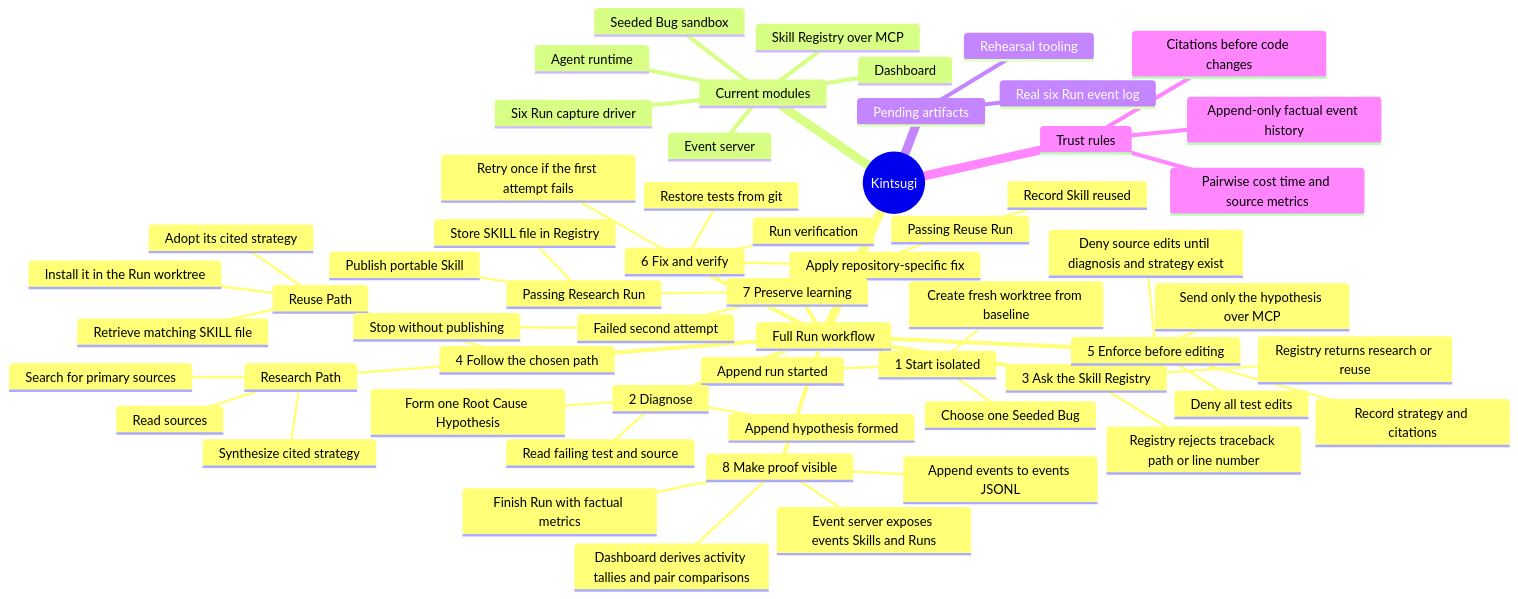
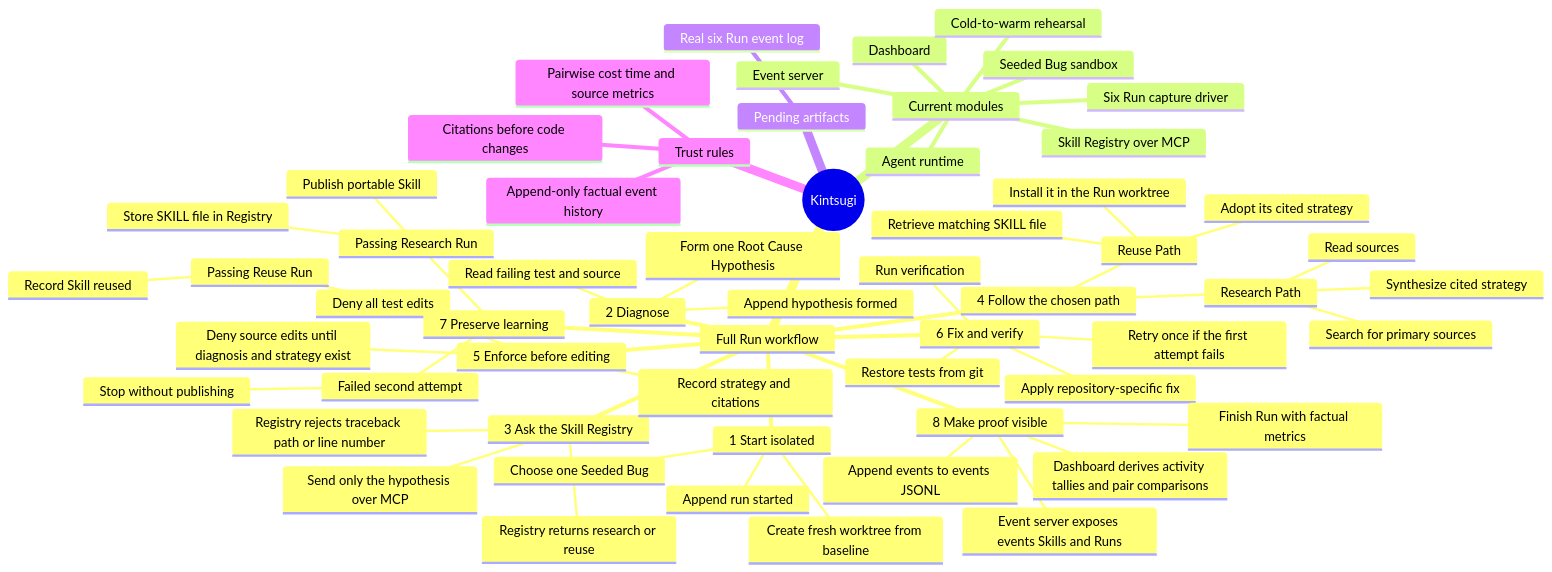
Before and after one commit to arnv15/Kintsugi: the first of 3 diagrams in docs/architecture/README.md, drawn with Mermaid. The commit also changed other lines of this file and 19 other files, not shown here.

Commit message:
Implement repeatable cold-to-warm rehearsal (#8)

````diff
--- a/docs/architecture/README.md
+++ b/docs/architecture/README.md
@@ -19,62 +19,62 @@
 ```mermaid
 mindmap
   root((Kintsugi))
     Full Run workflow
       1 Start isolated
         Choose one Seeded Bug
         Create fresh worktree from baseline
         Append run started
       2 Diagnose
         Read failing test and source
         Form one Root Cause Hypothesis
         Append hypothesis formed
       3 Ask the Skill Registry
         Send only the hypothesis over MCP
         Registry rejects traceback path or line number
         Registry returns research or reuse
       4 Follow the chosen path
         Research Path
           Search for primary sources
           Read sources
           Synthesize cited strategy
         Reuse Path
           Retrieve matching SKILL file
           Install it in the Run worktree
           Adopt its cited strategy
       5 Enforce before editing
         Record strategy and citations
         Deny all test edits
         Deny source edits until diagnosis and strategy exist
       6 Fix and verify
         Apply repository-specific fix
         Restore tests from git
         Run verification
         Retry once if the first attempt fails
       7 Preserve learning
         Passing Research Run
           Publish portable Skill
           Store SKILL file in Registry
         Passing Reuse Run
           Record Skill reused
         Failed second attempt
           Stop without publishing
       8 Make proof visible
         Finish Run with factual metrics
         Append events to events JSONL
         Event server exposes events Skills and Runs
         Dashboard derives activity tallies and pair comparisons
     Current modules
       Seeded Bug sandbox
       Event server
       Dashboard
       Agent runtime
       Skill Registry over MCP
       Six Run capture driver
+      Cold-to-warm rehearsal
     Pending artifacts
       Real six Run event log
-      Rehearsal tooling
     Trust rules
       Citations before code changes
       Append-only factual event history
       Pairwise cost time and source metrics
 ```
````
